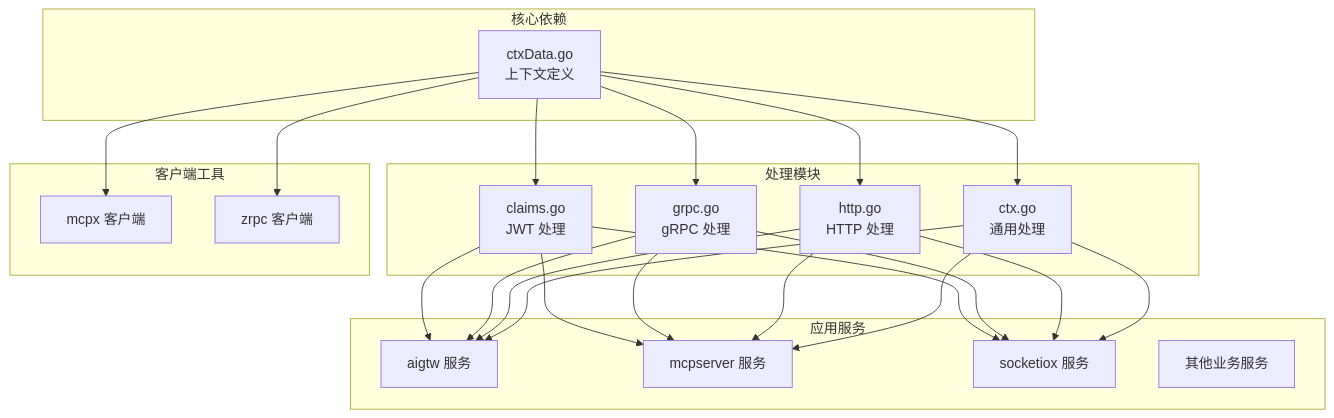
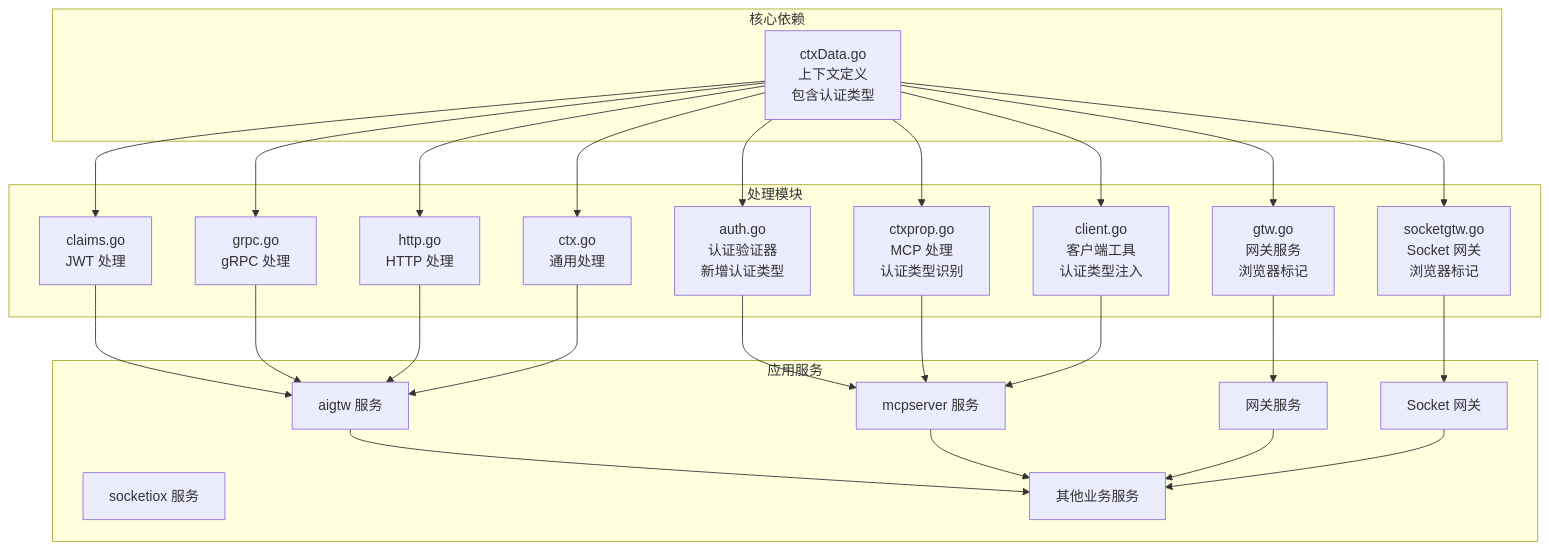
Before and after one commit to maomao94/zero-service: the tenth of 11 diagrams in .qoder/repowiki/zh/content/Ctxdata Context Management.md, drawn with Mermaid. The commit also changed other lines of this file and 7 other files, not shown here.

First line of the commit message:
refactor(mcpx): 重构 MCP 客户端，支持所有官方 SDK handlers

````diff
--- a/.qoder/repowiki/zh/content/Ctxdata Context Management.md
+++ b/.qoder/repowiki/zh/content/Ctxdata Context Management.md
@@ -262,40 +379,47 @@
 ```mermaid
 graph TB
 subgraph "核心依赖"
-A[ctxData.go<br/>上下文定义]
+A[ctxData.go<br/>上下文定义<br/>包含认证类型]
 end
 subgraph "处理模块"
 B[claims.go<br/>JWT 处理]
 C[grpc.go<br/>gRPC 处理]
 D[http.go<br/>HTTP 处理]
 E[ctx.go<br/>通用处理]
+F[auth.go<br/>认证验证器<br/>新增认证类型]
+G[ctxprop.go<br/>MCP 处理<br/>认证类型识别]
+H[client.go<br/>客户端工具<br/>认证类型注入]
+I[gtw.go<br/>网关服务<br/>浏览器标记]
+J[socketgtw.go<br/>Socket 网关<br/>浏览器标记]
 end
 subgraph "应用服务"
-F[aigtw 服务]
-G[mcpserver 服务]
-H[socketiox 服务]
-I[其他业务服务]
-end
-subgraph "客户端工具"
-J[mcpx 客户端]
-K[zrpc 客户端]
+K[aigtw 服务]
+L[mcpserver 服务]
+M[socketiox 服务]
+N[其他业务服务]
+O[网关服务]
+P[Socket 网关]
 end
 A --> B
 A --> C
 A --> D
 A --> E
-B --> F
-C --> F
-D --> F
-E --> F
-B --> G
-C --> G
-D --> G
-E --> G
-B --> H
-C --> H
-D --> H
-E --> H
+A --> F
+A --> G
+A --> H
+A --> I
 A --> J
-A --> K
+B --> K
+C --> K
+D --> K
+E --> K
+F --> L
+G --> L
+H --> L
+I --> O
+J --> P
+K --> N
+L --> N
+O --> N
+P --> N
 ```
````
